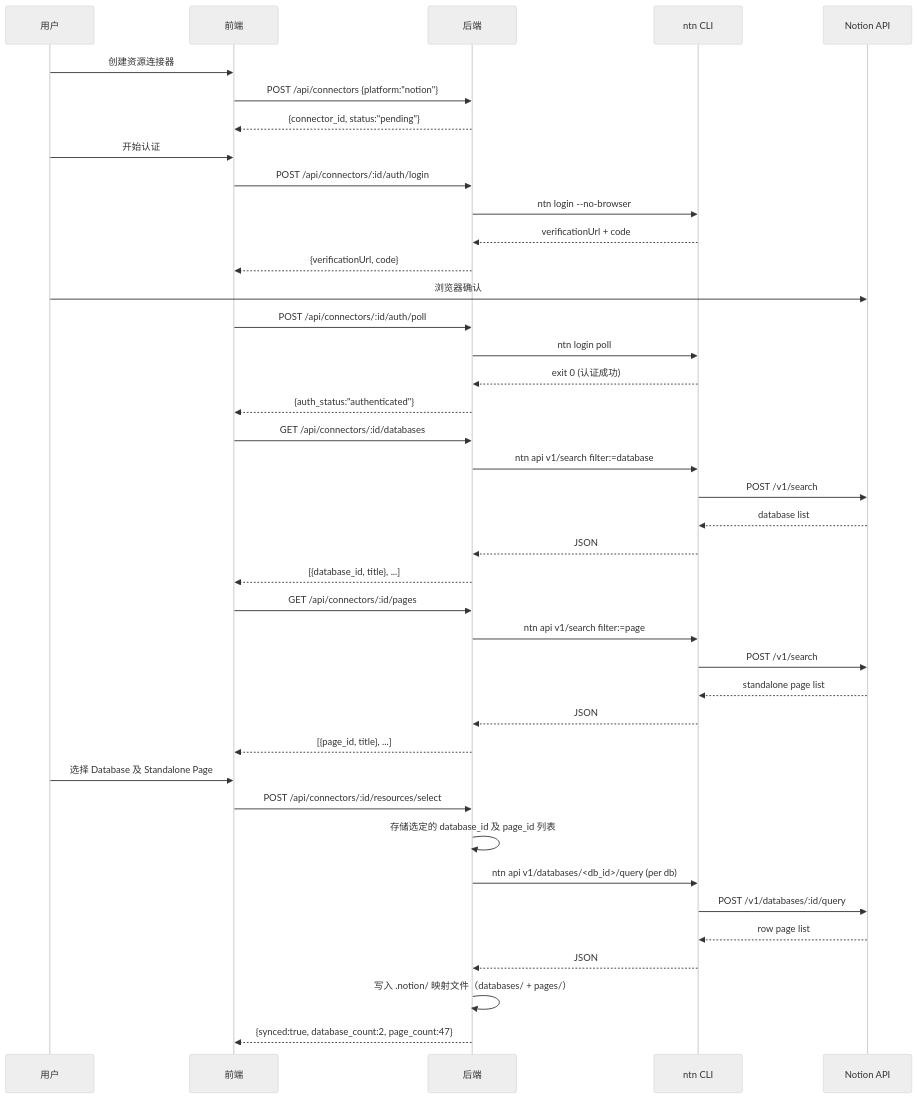
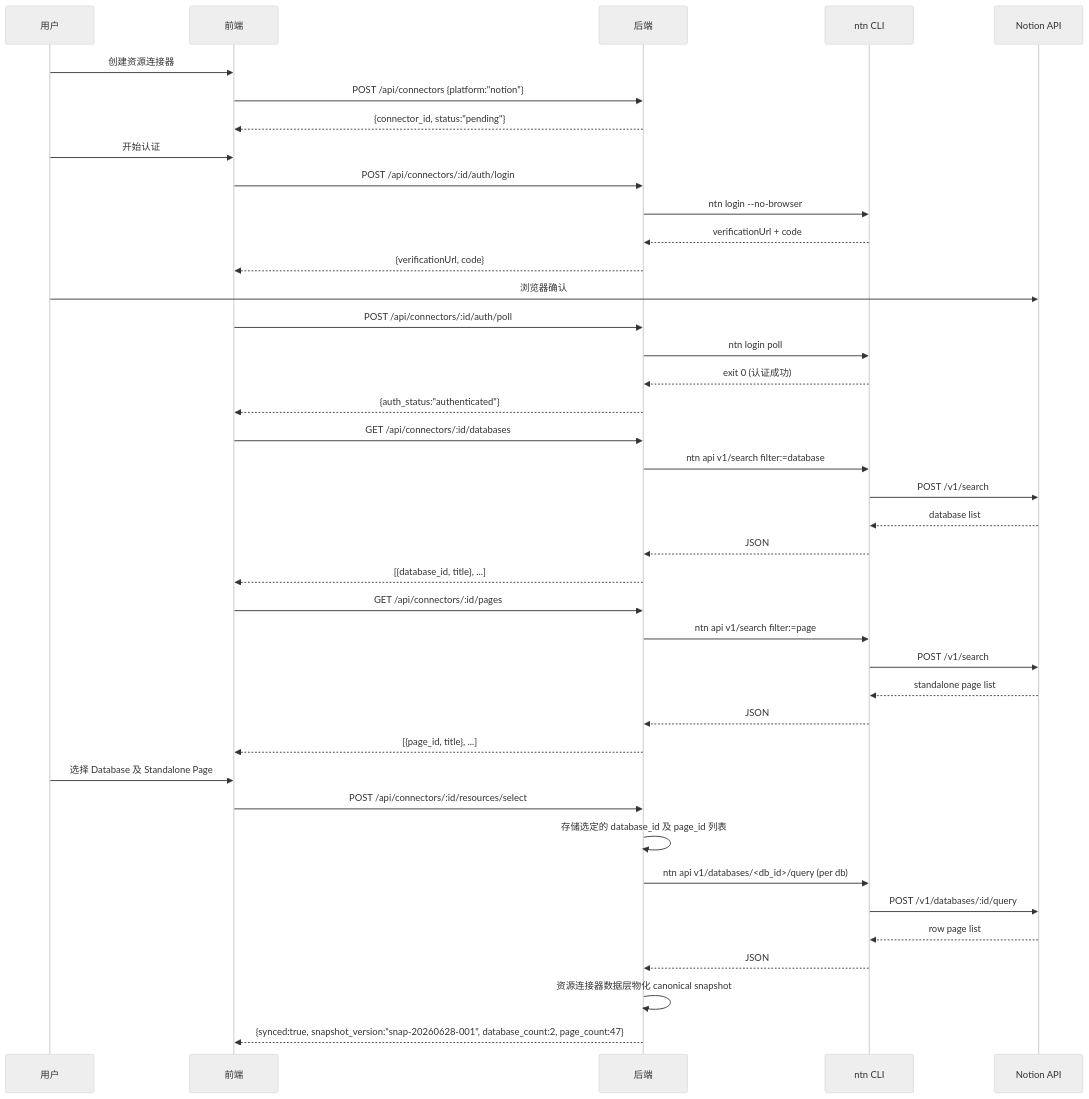
The first of 2 diagrams in docs/design/notion-session/connector-interaction.md (glide-the/im-dream), drawn with Mermaid (neutral theme) before and after one commit. The commit also changed other lines of this file and 16 other files, not shown here.

First line of the commit message:
feat(notion): implement canonical snapshot and resource connector integration

````diff
--- a/docs/design/notion-session/connector-interaction.md
+++ b/docs/design/notion-session/connector-interaction.md
@@ -367,48 +402,48 @@
 ```mermaid
 sequenceDiagram
     participant User as 用户
     participant Front as 前端
     participant Back as 后端
     participant CLI as ntn CLI
     participant Notion as Notion API
 
     User->>Front: 创建资源连接器
     Front->>Back: POST /api/connectors {platform:"notion"}
     Back-->>Front: {connector_id, status:"pending"}
 
     User->>Front: 开始认证
     Front->>Back: POST /api/connectors/:id/auth/login
     Back->>CLI: ntn login --no-browser
     CLI-->>Back: verificationUrl + code
     Back-->>Front: {verificationUrl, code}
     User->>Notion: 浏览器确认
     Front->>Back: POST /api/connectors/:id/auth/poll
     Back->>CLI: ntn login poll
     CLI-->>Back: exit 0 (认证成功)
     Back-->>Front: {auth_status:"authenticated"}
 
     Front->>Back: GET /api/connectors/:id/databases
     Back->>CLI: ntn api v1/search filter:=database
     CLI->>Notion: POST /v1/search
     Notion-->>CLI: database list
     CLI-->>Back: JSON
     Back-->>Front: [{database_id, title}, ...]
 
     Front->>Back: GET /api/connectors/:id/pages
     Back->>CLI: ntn api v1/search filter:=page
     CLI->>Notion: POST /v1/search
     Notion-->>CLI: standalone page list
     CLI-->>Back: JSON
     Back-->>Front: [{page_id, title}, ...]
 
     User->>Front: 选择 Database 及 Standalone Page
     Front->>Back: POST /api/connectors/:id/resources/select
     Back->>Back: 存储选定的 database_id 及 page_id 列表
 
     Back->>CLI: ntn api v1/databases/<db_id>/query (per db)
     CLI->>Notion: POST /v1/databases/:id/query
     Notion-->>CLI: row page list
     CLI-->>Back: JSON
-    Back->>Back: 写入 .notion/ 映射文件（databases/ + pages/）
-    Back-->>Front: {synced:true, database_count:2, page_count:47}
+    Back->>Back: 资源连接器数据层物化 canonical snapshot
+    Back-->>Front: {synced:true, snapshot_version:"snap-20260628-001", database_count:2, page_count:47}
 ```
````
